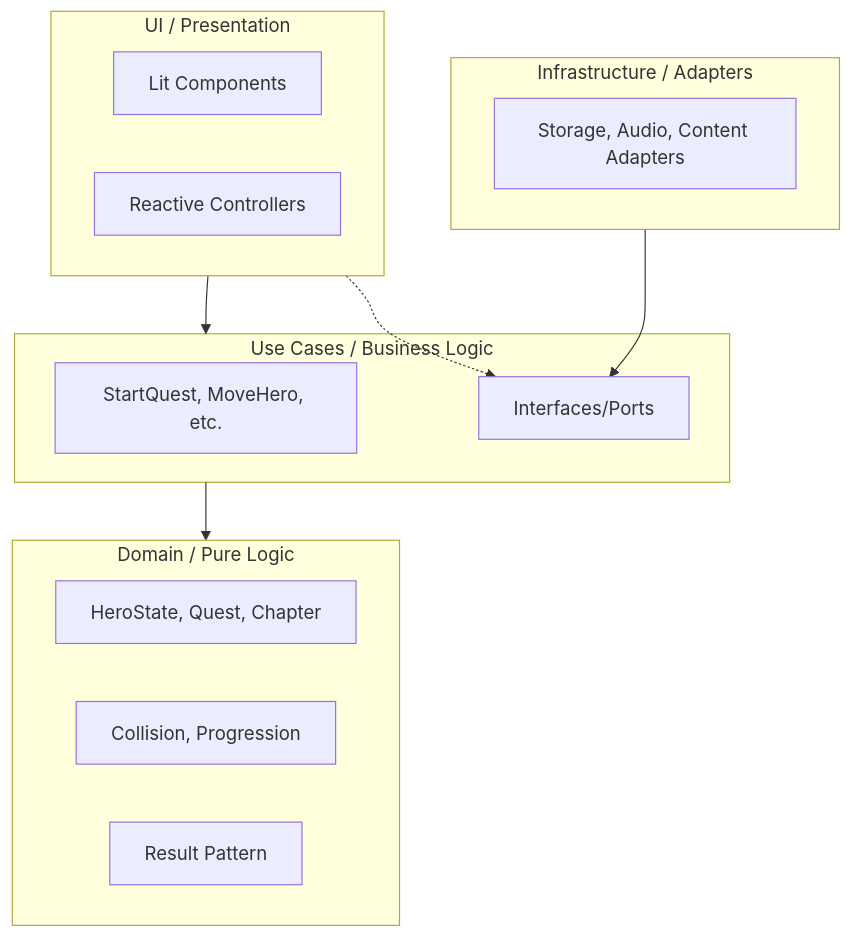
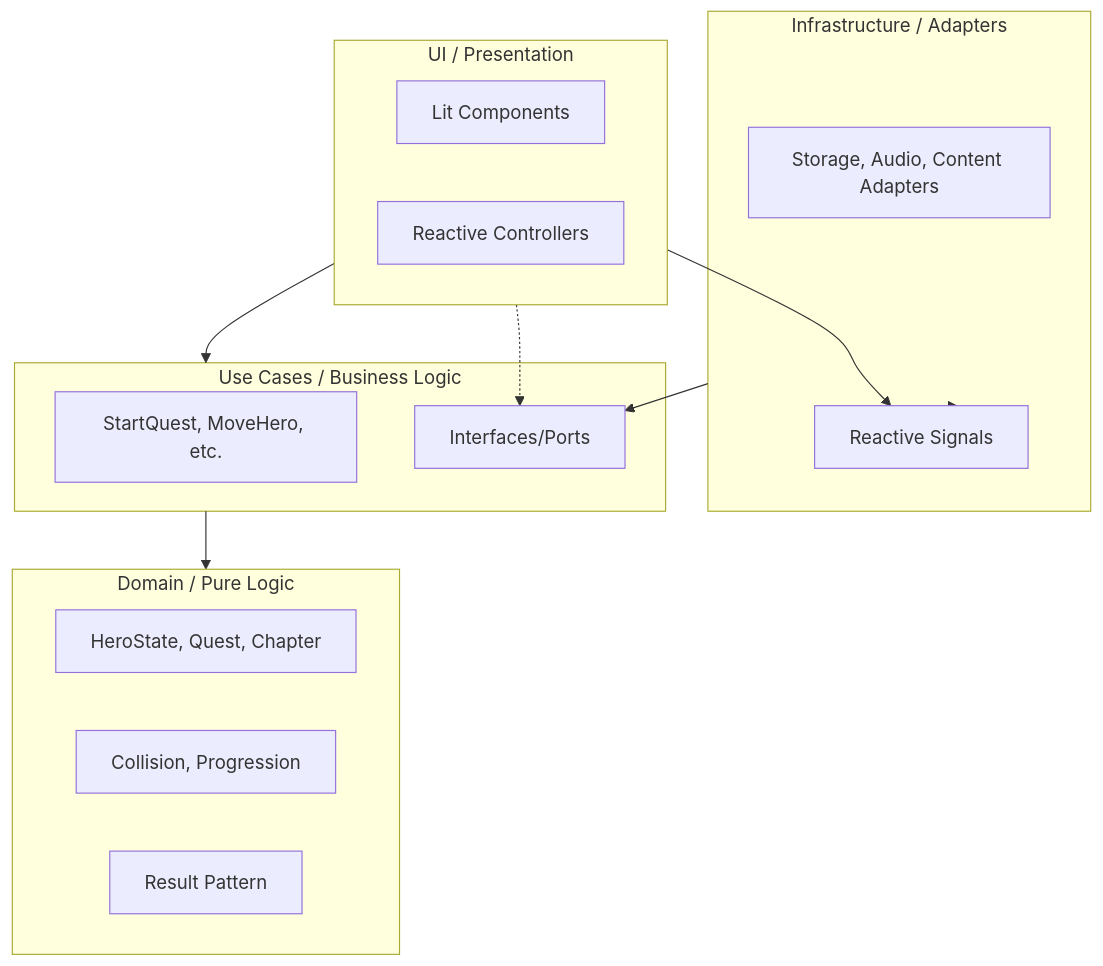
Before and after one commit to jorgecasar/legacy-s-end-2: the diagram in docs/05-architecture-and-standards.md, drawn with Mermaid. The commit also changed other lines of this file and 21 other files, not shown here.

````diff
--- a/docs/05-architecture-and-standards.md
+++ b/docs/05-architecture-and-standards.md
@@ -9,27 +9,30 @@
 ```mermaid
 graph TD
     subgraph UI_Layer [UI / Presentation]
         Components[Lit Components]
         Controllers[Reactive Controllers]
     end
 
     subgraph Infrastructure_Layer [Infrastructure / Adapters]
         Adapters[Storage, Audio, Content Adapters]
+        Signals[Reactive Signals]
     end
 
     subgraph UseCases_Layer [Use Cases / Business Logic]
         Orchestration[StartQuest, MoveHero, etc.]
         Ports[Interfaces/Ports]
     end
 
     subgraph Domain_Layer [Domain / Pure Logic]
         Entities[HeroState, Quest, Chapter]
         PureLogic[Collision, Progression]
         Result[Result Pattern]
     end
 
     UI_Layer --> UseCases_Layer
     UI_Layer -.-> Ports
     Infrastructure_Layer --> Ports
     UseCases_Layer --> Domain_Layer
+    UI_Layer --> Signals
+    Infrastructure_Layer --> Signals
 ```
````
